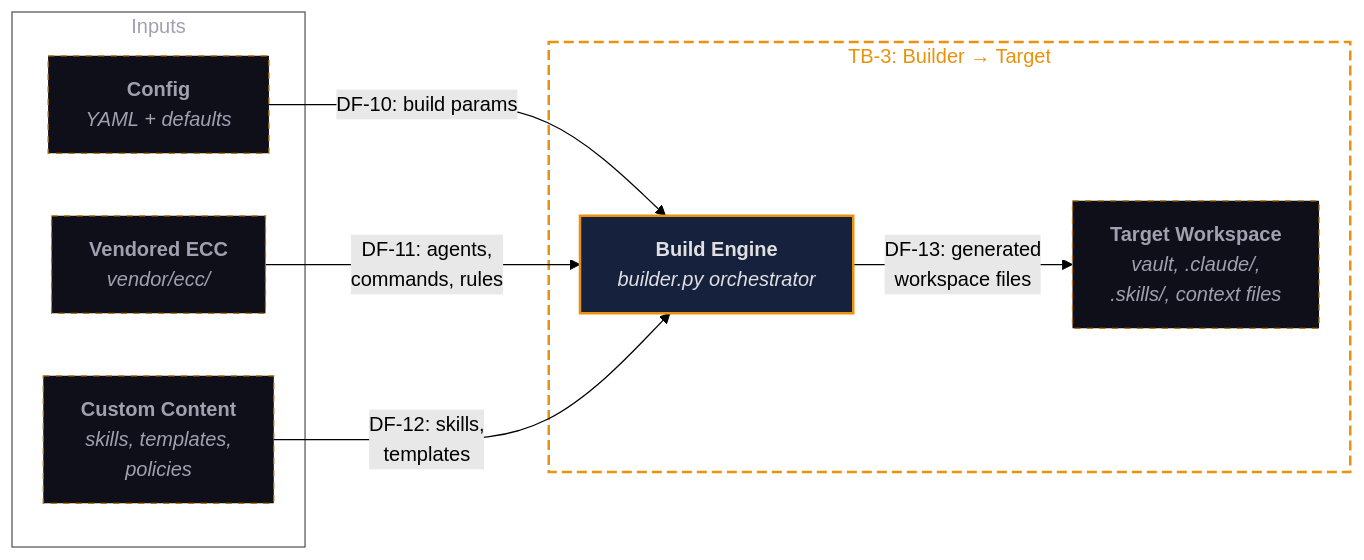
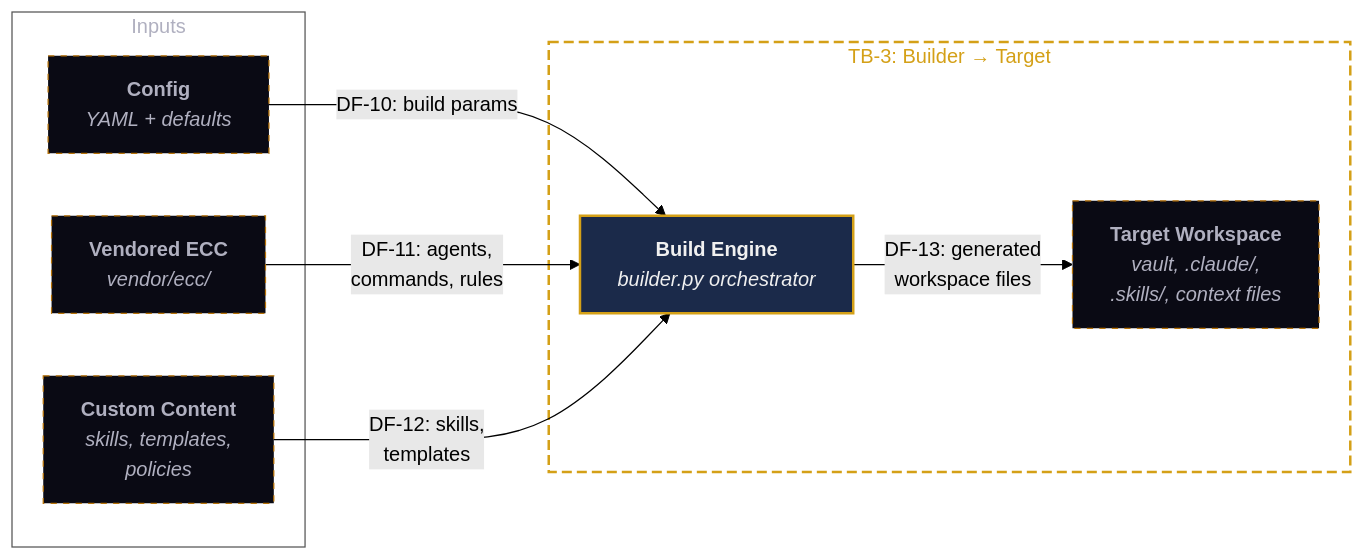
One commit to originalrgsec/open-workspace-builder changed the fifth of 6 diagrams in docs/adr.md. Above: the diagram before and after it, drawn with Mermaid (forest theme). The commit also changed other lines of this file and 19 other files, not shown here.

````diff
--- a/docs/adr.md
+++ b/docs/adr.md
@@ -241,24 +241,24 @@
 ```mermaid
 graph LR
     subgraph inputs ["Inputs"]
         ConfigFile["<b>Config</b><br/><i>YAML + defaults</i>"]:::store
         VendorECC["<b>Vendored ECC</b><br/><i>vendor/ecc/</i>"]:::store
         CustomContent["<b>Custom Content</b><br/><i>skills, templates,<br/>policies</i>"]:::store
     end
 
     subgraph TB3 ["TB-3: Builder → Target"]
         BuildEngine["<b>Build Engine</b><br/><i>builder.py orchestrator</i>"]:::comp
         TargetWS["<b>Target Workspace</b><br/><i>vault, .claude/,<br/>.skills/, context files</i>"]:::store
     end
 
     ConfigFile -->|"DF-10: build params"| BuildEngine
     VendorECC -->|"DF-11: agents,<br/>commands, rules"| BuildEngine
     CustomContent -->|"DF-12: skills,<br/>templates"| BuildEngine
     BuildEngine -->|"DF-13: generated<br/>workspace files"| TargetWS
 
-    classDef comp fill:#16213E,color:#E0E0E0,stroke:#E8920D,stroke-width:2px
-    classDef store fill:#0F0F1A,color:#A0A0B0,stroke:#B87308,stroke-width:1px,stroke-dasharray:5 5
+    classDef comp fill:#1B2A4A,color:#F0F0F0,stroke:#D4A017,stroke-width:2px
+    classDef store fill:#0A0A14,color:#B0B0C0,stroke:#B87308,stroke-width:1px,stroke-dasharray:5 5
 
-    style inputs fill:none,stroke:#555,stroke-width:1px,color:#A0A0B0
-    style TB3 fill:none,stroke:#E8920D,stroke-width:2px,stroke-dasharray:8 4,color:#E8920D
+    style inputs fill:none,stroke:#555,stroke-width:1px,color:#B0B0C0
+    style TB3 fill:none,stroke:#D4A017,stroke-width:2px,stroke-dasharray:8 4,color:#D4A017
 ```
````
